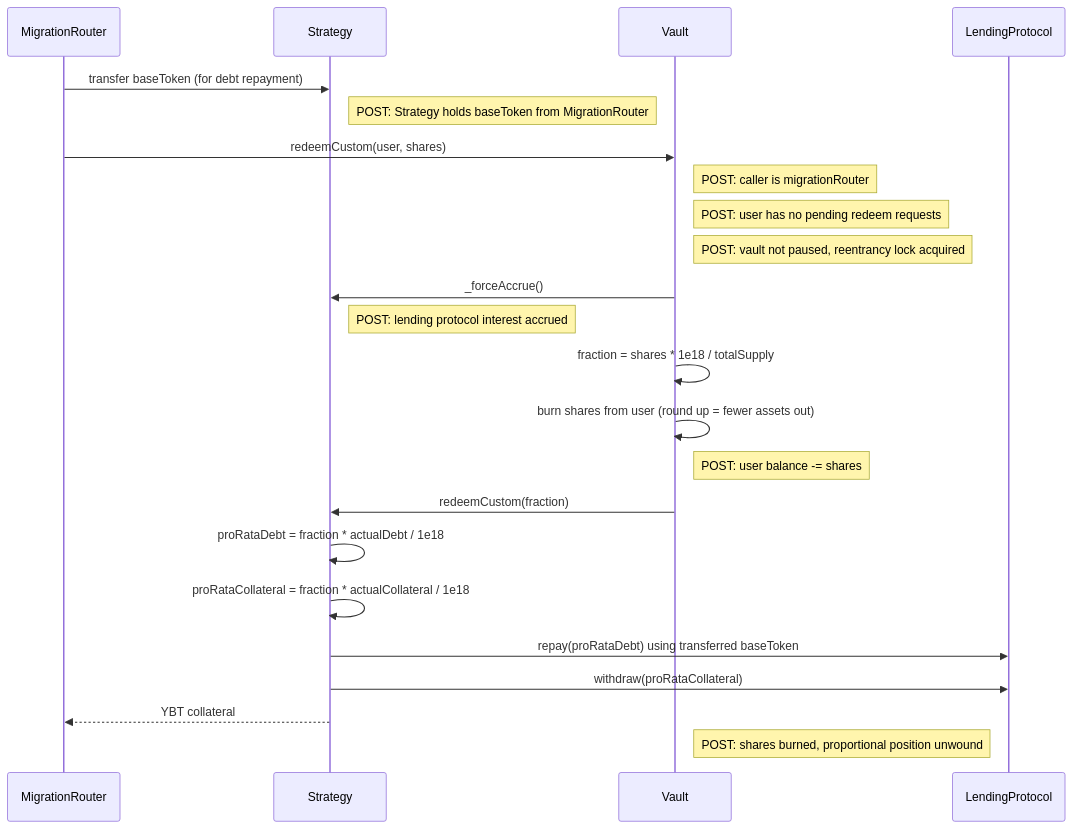
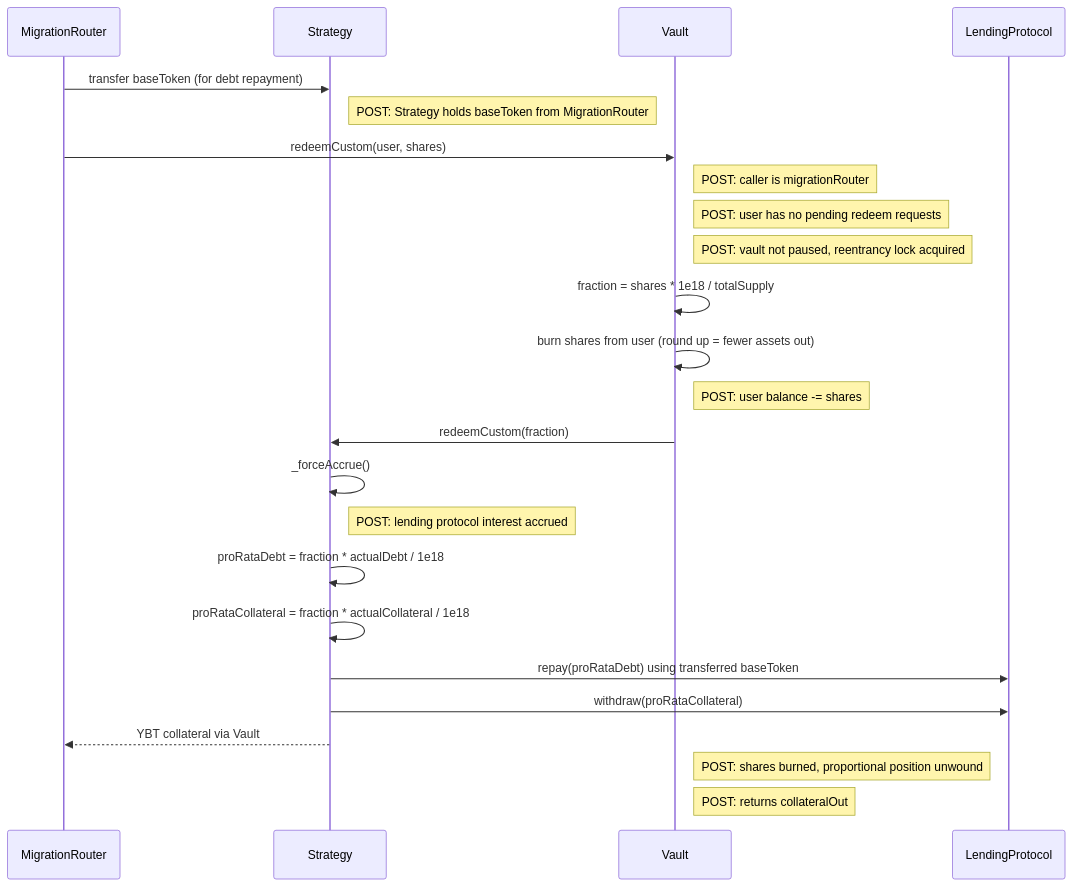
The ninth of 22 diagrams in docs/architecture/call-diagrams.md (evgenynacu/leverage-vaults), drawn with Mermaid before and after one commit. The commit also changed other lines of this file and 18 other files, not shown here.

````diff
--- a/docs/architecture/call-diagrams.md
+++ b/docs/architecture/call-diagrams.md
@@ -185,21 +183,22 @@
 ```mermaid
 sequenceDiagram
     MigrationRouter->>Strategy: transfer baseToken (for debt repayment)
     note right of Strategy: POST: Strategy holds baseToken from MigrationRouter
     MigrationRouter->>Vault: redeemCustom(user, shares)
     note right of Vault: POST: caller is migrationRouter
     note right of Vault: POST: user has no pending redeem requests
     note right of Vault: POST: vault not paused, reentrancy lock acquired
-    Vault->>Strategy: _forceAccrue()
-    note right of Strategy: POST: lending protocol interest accrued
     Vault->>Vault: fraction = shares * 1e18 / totalSupply
     Vault->>Vault: burn shares from user (round up = fewer assets out)
     note right of Vault: POST: user balance -= shares
     Vault->>Strategy: redeemCustom(fraction)
+    Strategy->>Strategy: _forceAccrue()
+    note right of Strategy: POST: lending protocol interest accrued
     Strategy->>Strategy: proRataDebt = fraction * actualDebt / 1e18
     Strategy->>Strategy: proRataCollateral = fraction * actualCollateral / 1e18
     Strategy->>LendingProtocol: repay(proRataDebt) using transferred baseToken
     Strategy->>LendingProtocol: withdraw(proRataCollateral)
-    Strategy-->>MigrationRouter: YBT collateral
+    Strategy-->>MigrationRouter: YBT collateral via Vault
     note right of Vault: POST: shares burned, proportional position unwound
+    note right of Vault: POST: returns collateralOut
 ```
````
